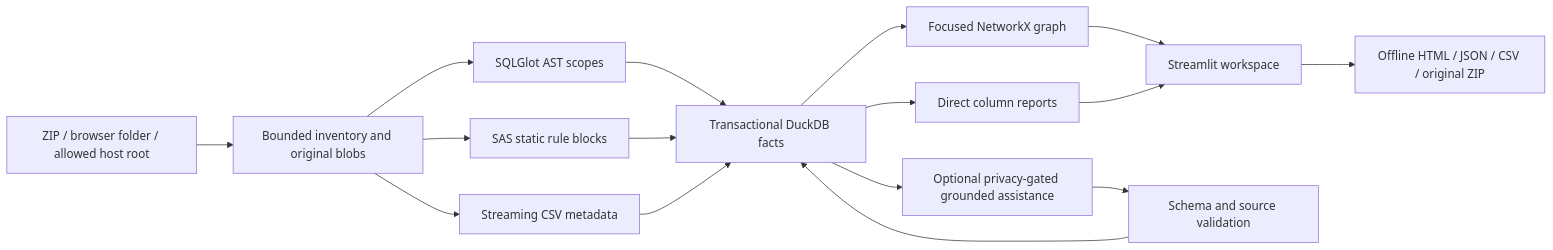
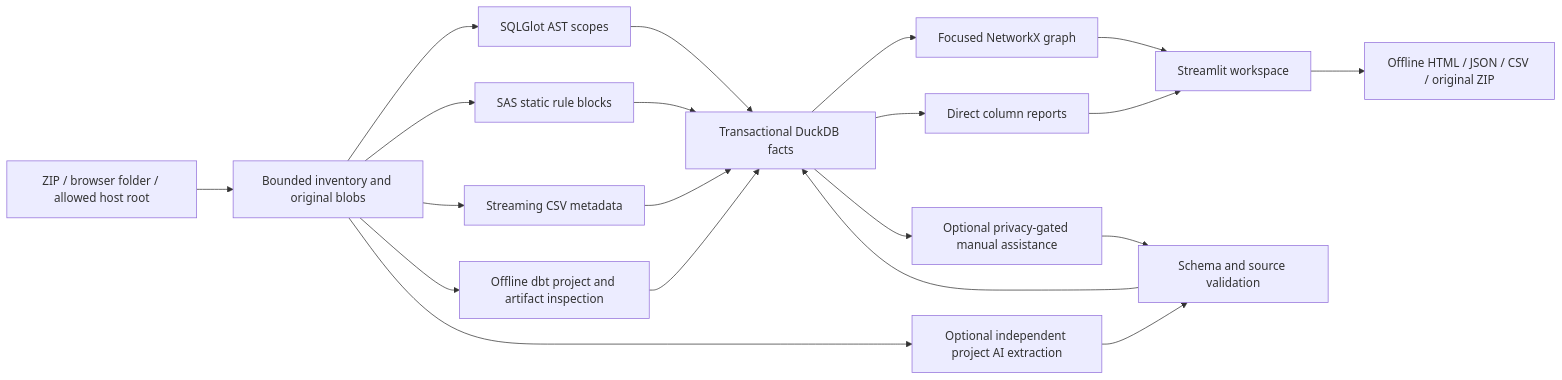
One commit to SahasilAK/GraveTrail changed the diagram in docs/ARCHITECTURE.md. Above: the diagram before and after it, drawn with Mermaid. The commit also changed other lines of this file and 108 other files, not shown here.

````diff
--- a/docs/ARCHITECTURE.md
+++ b/docs/ARCHITECTURE.md
@@ -7,15 +7,18 @@
 ```mermaid
 flowchart LR
   Inputs[ZIP / browser folder / allowed host root] --> Inventory[Bounded inventory and original blobs]
   Inventory --> SQL[SQLGlot AST scopes]
   Inventory --> SAS[SAS static rule blocks]
   Inventory --> CSV[Streaming CSV metadata]
-  SQL & SAS & CSV --> Facts[Transactional DuckDB facts]
+  Inventory --> DBT[Offline dbt project and artifact inspection]
+  SQL & SAS & CSV & DBT --> Facts[Transactional DuckDB facts]
   Facts --> Graph[Focused NetworkX graph]
   Facts --> Columns[Direct column reports]
   Graph & Columns --> UI[Streamlit workspace]
   UI --> Exports[Offline HTML / JSON / CSV / original ZIP]
-  Facts --> AI[Optional privacy-gated grounded assistance]
+  Inventory --> ProjectAI[Optional independent project AI extraction]
+  ProjectAI --> Validation
+  Facts --> AI[Optional privacy-gated manual assistance]
   AI --> Validation[Schema and source validation]
   Validation --> Facts
 ```
````
